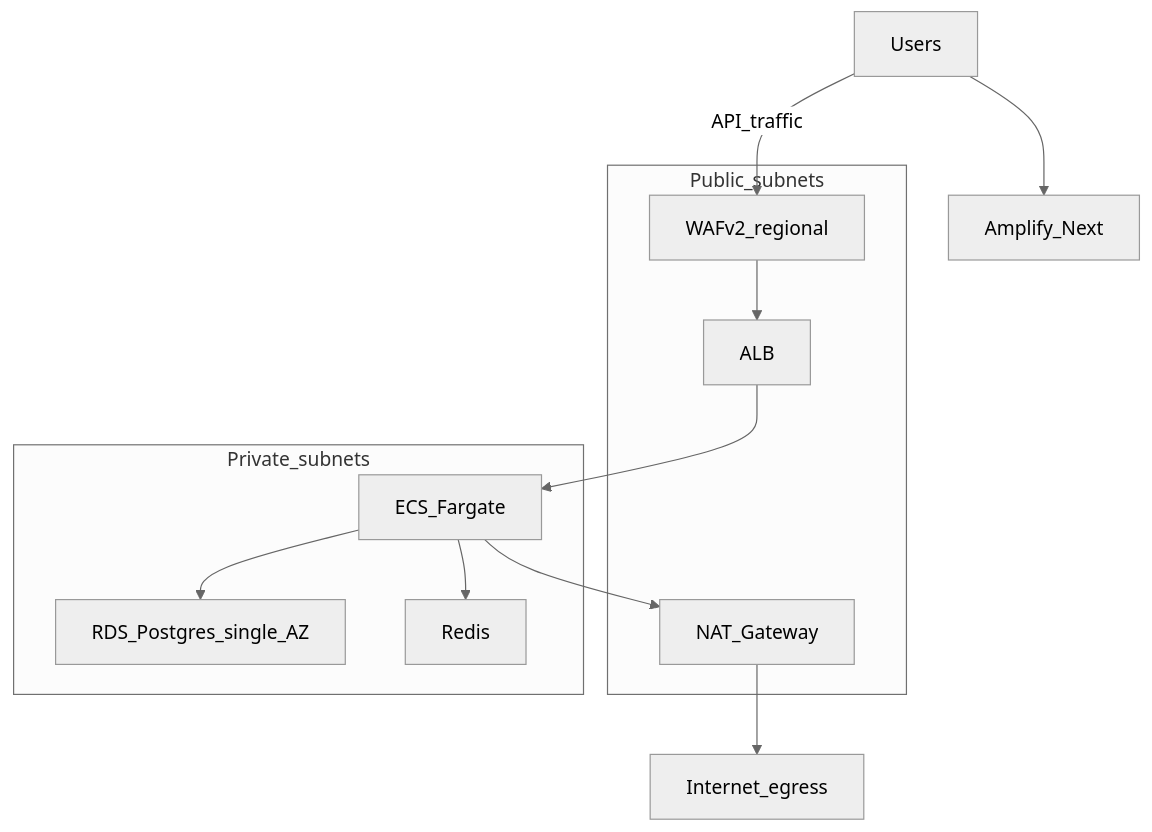
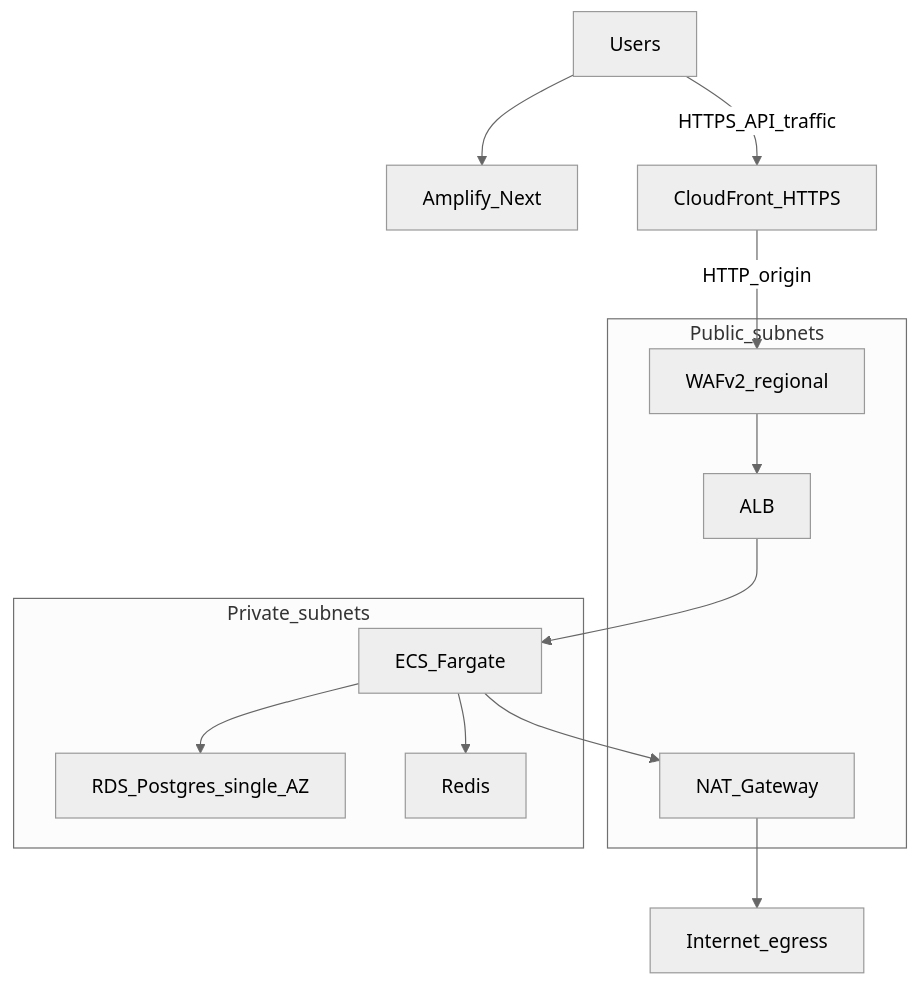
Before and after one commit to Conqueror102/B4Build: the diagram in infra/ARCHITECTURE.md, drawn with Mermaid (neutral theme). The commit also changed other lines of this file and 13 other files, not shown here.

Commit message:
update: put the alb in front of cloudfront to fix the https vs http mismatch issue

````diff
--- a/infra/ARCHITECTURE.md
+++ b/infra/ARCHITECTURE.md
@@ -3,23 +3,25 @@
 ```mermaid
 flowchart TB
   B[Users]
   Amp[Amplify_Next]
+  CF[CloudFront_HTTPS]
   subgraph public [Public_subnets]
     NAT[NAT_Gateway]
     ALB[ALB]
     WAF[WAFv2_regional]
   end
   subgraph private [Private_subnets]
     ECS[ECS_Fargate]
     RDS[RDS_Postgres_single_AZ]
     R[Redis]
   end
   B --> Amp
-  B -->|API_traffic| WAF
+  B -->|"HTTPS_API_traffic"| CF
+  CF -->|"HTTP_origin"| WAF
   WAF --> ALB
   ALB --> ECS
   ECS --> RDS
   ECS --> R
   ECS --> NAT
   NAT --> Internet[Internet_egress]
 ```
````
